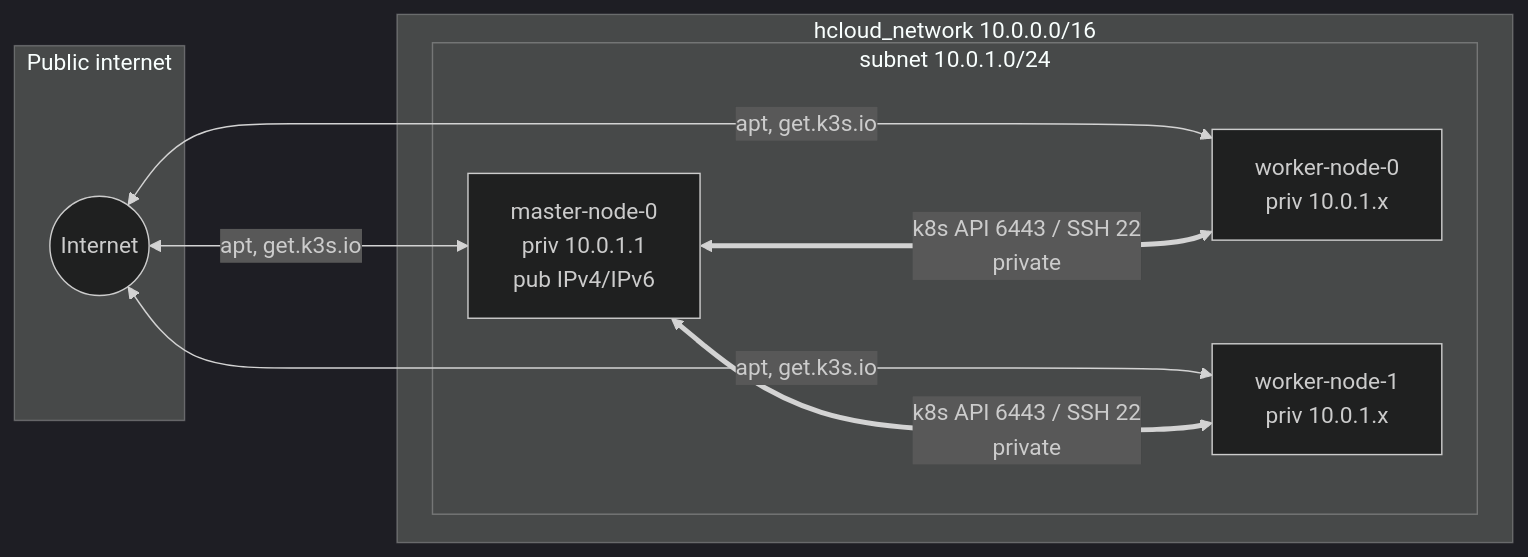
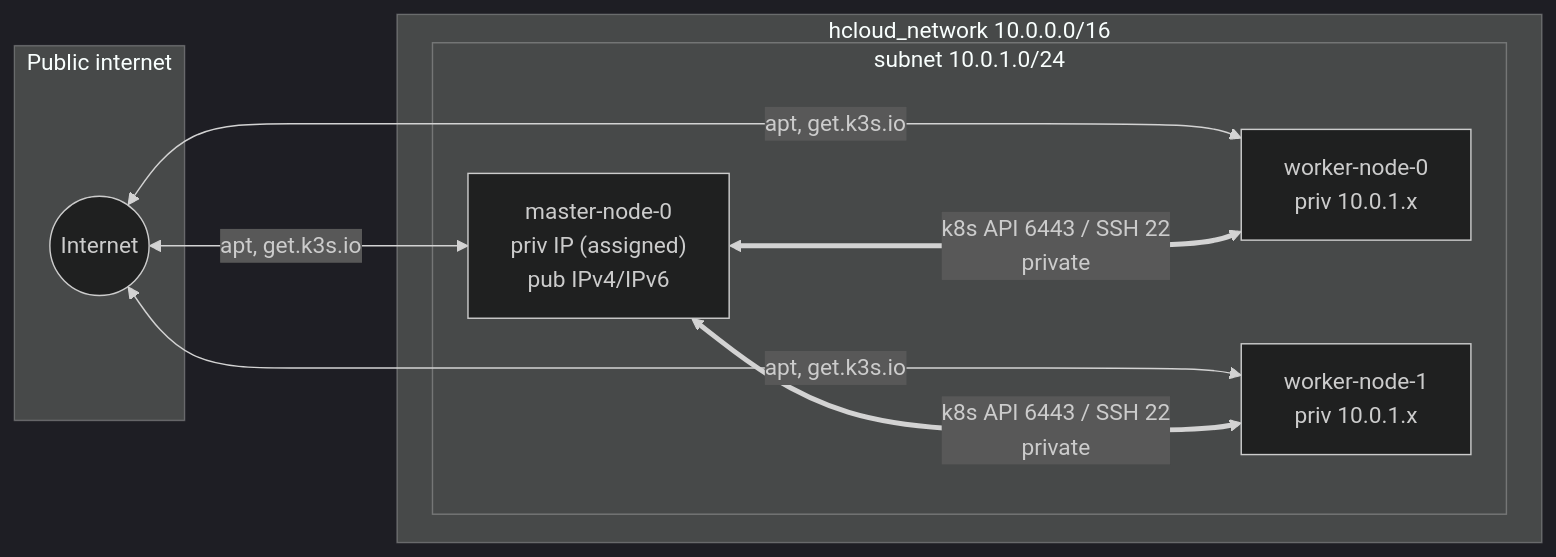
Before and after one commit to pawel150199/hcloud-k8s-cluster: the second of 5 diagrams in docs/02-architecture.md, drawn with Mermaid (dark theme). The commit also changed other lines of this file and 9 other files, not shown here.

````diff
--- a/docs/02-architecture.md
+++ b/docs/02-architecture.md
@@ -62,20 +62,20 @@
 ```mermaid
 flowchart LR
   subgraph PUB["Public internet"]
     INET(("Internet"))
   end
 
   subgraph HNET["hcloud_network 10.0.0.0/16"]
     subgraph SUBNET["subnet 10.0.1.0/24"]
-      M["master-node-0<br/>priv 10.0.1.1<br/>pub IPv4/IPv6"]
+      M["master-node-0<br/>priv IP (assigned)<br/>pub IPv4/IPv6"]
       W0["worker-node-0<br/>priv 10.0.1.x"]
       W1["worker-node-1<br/>priv 10.0.1.x"]
     end
   end
 
   INET <-->|apt, get.k3s.io| M
   INET <-->|apt, get.k3s.io| W0
   INET <-->|apt, get.k3s.io| W1
   M <===>|k8s API 6443 / SSH 22<br/>private| W0
   M <===>|k8s API 6443 / SSH 22<br/>private| W1
 ```
````
